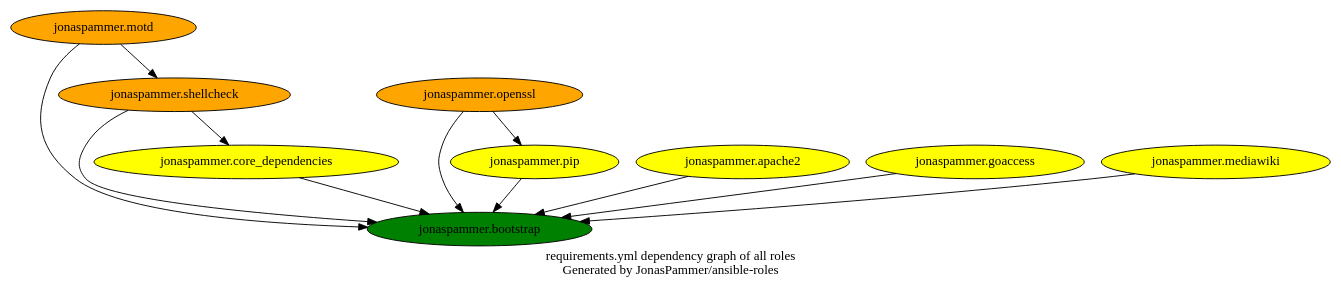
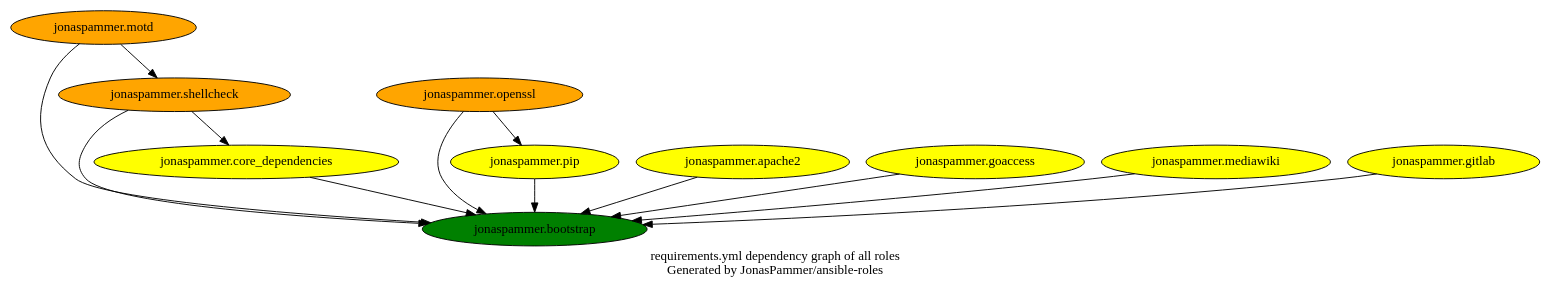
Before and after one commit to JonasPammer/ansible-roles: the diagram in graphs/dependencies_ALL.dot, drawn with Graphviz. The commit also changed 6 other files, not shown here.

```diff
--- a/graphs/dependencies_ALL.dot
+++ b/graphs/dependencies_ALL.dot
@@ -1,26 +1,28 @@
 // This file is generated from `templates/dependencies_ALL.adoc.jinja2` by Github CI, all local changes will be lost eventually.
 digraph hierarchy {
   label = "requirements.yml dependency graph of all roles \n Generated by JonasPammer/ansible-roles" ;
 
   {
     "jonaspammer.bootstrap" [fillcolor=green style=filled]
     "jonaspammer.core_dependencies" [fillcolor=yellow style=filled]
     "jonaspammer.pip" [fillcolor=yellow style=filled]
     "jonaspammer.shellcheck" [fillcolor=orange style=filled]
     "jonaspammer.motd" [fillcolor=orange style=filled]
     "jonaspammer.apache2" [fillcolor=yellow style=filled]
     "jonaspammer.openssl" [fillcolor=orange style=filled]
     "jonaspammer.goaccess" [fillcolor=yellow style=filled]
     "jonaspammer.mediawiki" [fillcolor=yellow style=filled]
+    "jonaspammer.gitlab" [fillcolor=yellow style=filled]
   }
 
 
   "jonaspammer.core_dependencies" -> {"jonaspammer.bootstrap"}
   "jonaspammer.pip" -> {"jonaspammer.bootstrap"}
   "jonaspammer.shellcheck" -> {"jonaspammer.bootstrap" "jonaspammer.core_dependencies"}
   "jonaspammer.motd" -> {"jonaspammer.bootstrap" "jonaspammer.shellcheck"}
   "jonaspammer.apache2" -> {"jonaspammer.bootstrap"}
   "jonaspammer.openssl" -> {"jonaspammer.pip" "jonaspammer.bootstrap"}
   "jonaspammer.goaccess" -> {"jonaspammer.bootstrap"}
   "jonaspammer.mediawiki" -> {"jonaspammer.bootstrap"}
+  "jonaspammer.gitlab" -> {"jonaspammer.bootstrap"}
 }
```
